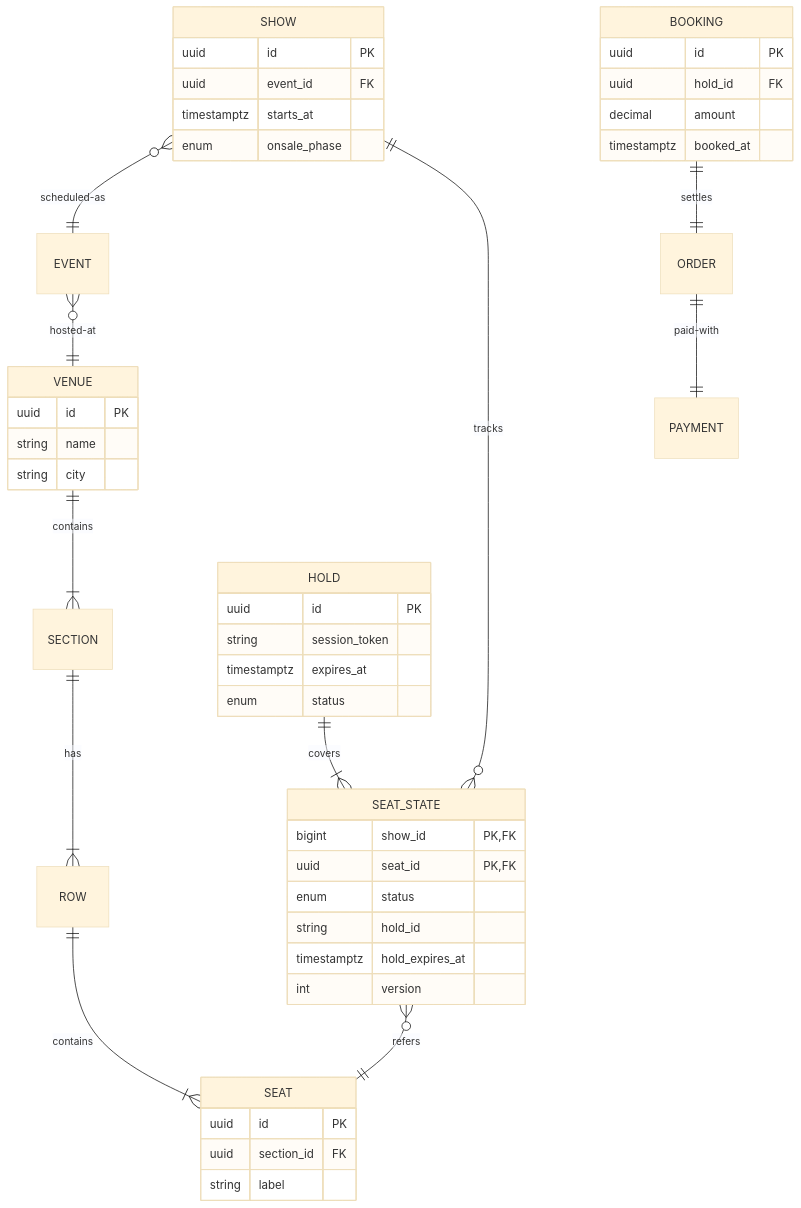
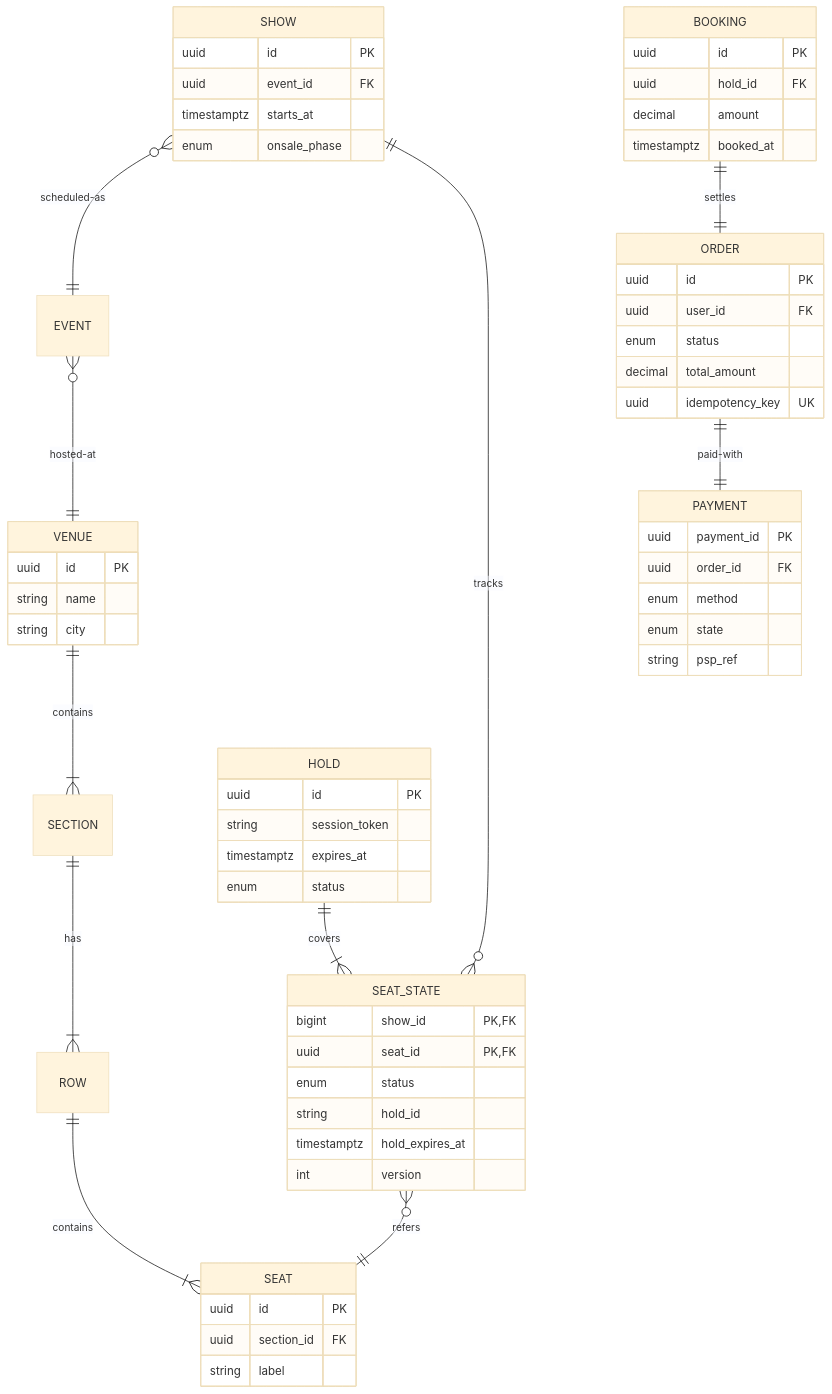
One commit to abhishekghoshh/system-design-helper changed the fourth of 14 diagrams in docs/system-design/high-level/designing/advanced/bookmyshow.md. Above: the diagram before and after it, drawn with Mermaid (base theme). The commit also changed other lines of this file and 107 other files, not shown here.

````diff
--- a/docs/system-design/high-level/designing/advanced/bookmyshow.md
+++ b/docs/system-design/high-level/designing/advanced/bookmyshow.md
@@ -536,28 +337,64 @@
 ```mermaid
 erDiagram
     VENUE ||--|{ SECTION : contains
     SECTION ||--|{ ROW : has
     ROW ||--|{ SEAT : contains
     EVENT }o--|| VENUE : hosted-at
     SHOW }o--|| EVENT : scheduled-as
     SHOW ||--o{ SEAT_STATE : tracks
     SEAT_STATE }o--|| SEAT : refers
     HOLD ||--|{ SEAT_STATE : covers
     BOOKING ||--|| ORDER : settles
     ORDER ||--|| PAYMENT : paid-with
 
-    VENUE { uuid id PK  string name  string city }
-    SEAT { uuid id PK  uuid section_id FK  string label }
-    SHOW { uuid id PK  uuid event_id FK  timestamptz starts_at  enum onsale_phase }
+    VENUE {
+        uuid id PK
+        string name
+        string city
+    }
+    SEAT {
+        uuid id PK
+        uuid section_id FK
+        string label
+    }
+    SHOW {
+        uuid id PK
+        uuid event_id FK
+        timestamptz starts_at
+        enum onsale_phase
+    }
     SEAT_STATE {
         bigint show_id PK,FK
         uuid seat_id PK,FK
         enum status
         string hold_id
         timestamptz hold_expires_at
         int version
     }
-    HOLD { uuid id PK  string session_token  timestamptz expires_at  enum status }
-    BOOKING { uuid id PK  uuid hold_id FK  decimal amount  timestamptz booked_at }
-
+    HOLD {
+        uuid id PK
+        string session_token
+        timestamptz expires_at
+        enum status
+    }
+    BOOKING {
+        uuid id PK
+        uuid hold_id FK
+        decimal amount
+        timestamptz booked_at
+    }
+    ORDER {
+        uuid id PK
+        uuid user_id FK
+        enum status
+        decimal total_amount
+        uuid idempotency_key UK
+    }
+    PAYMENT {
+        uuid payment_id PK
+        uuid order_id FK
+        enum method
+        enum state
+        string psp_ref
+    }
 ```
````
